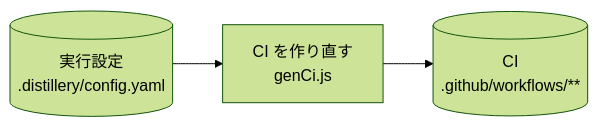
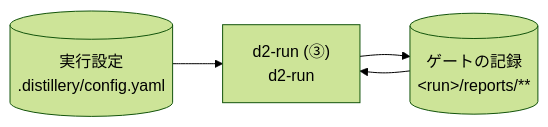
Diagram 12 of 34 in plugins/distillery2/skills/d2-common/references/dataflow.md (suwa-sh/suwa-sh-claude-plugins), drawn with Mermaid (forest theme) before and after one commit. The commit also changed other lines of this file and 16 other files, not shown here.

````diff
--- a/plugins/distillery2/skills/d2-common/references/dataflow.md
+++ b/plugins/distillery2/skills/d2-common/references/dataflow.md
@@ -357,8 +339,9 @@
 ```mermaid
 flowchart LR
-  p_run_foundation_gen_ci["CI を作り直す<br/>genCi.js"]
+  p_run_foundation["d2-run (③)<br/>d2-run"]
   s_config[("実行設定<br/>.distillery/config.yaml")]
-  s_ci[("CI<br/>.github/workflows/**")]
-  s_config --> p_run_foundation_gen_ci
-  p_run_foundation_gen_ci --> s_ci
+  s_reports[("ゲートの記録<br/>#lt;run#gt;/reports/**")]
+  s_config --> p_run_foundation
+  s_reports --> p_run_foundation
+  p_run_foundation --> s_reports
 ```
````
